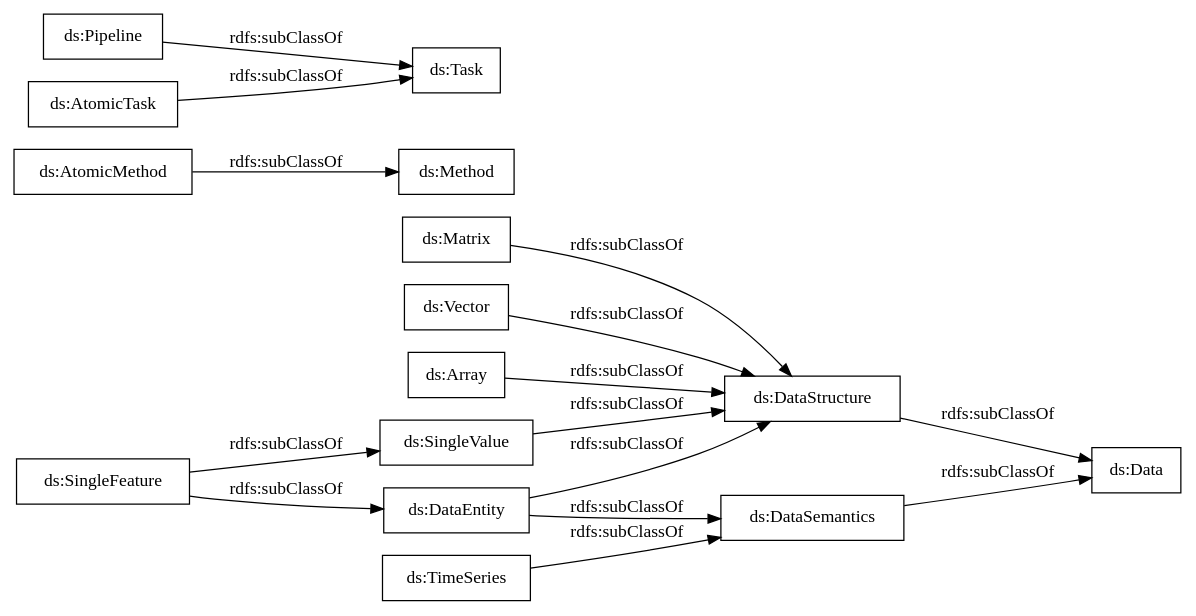
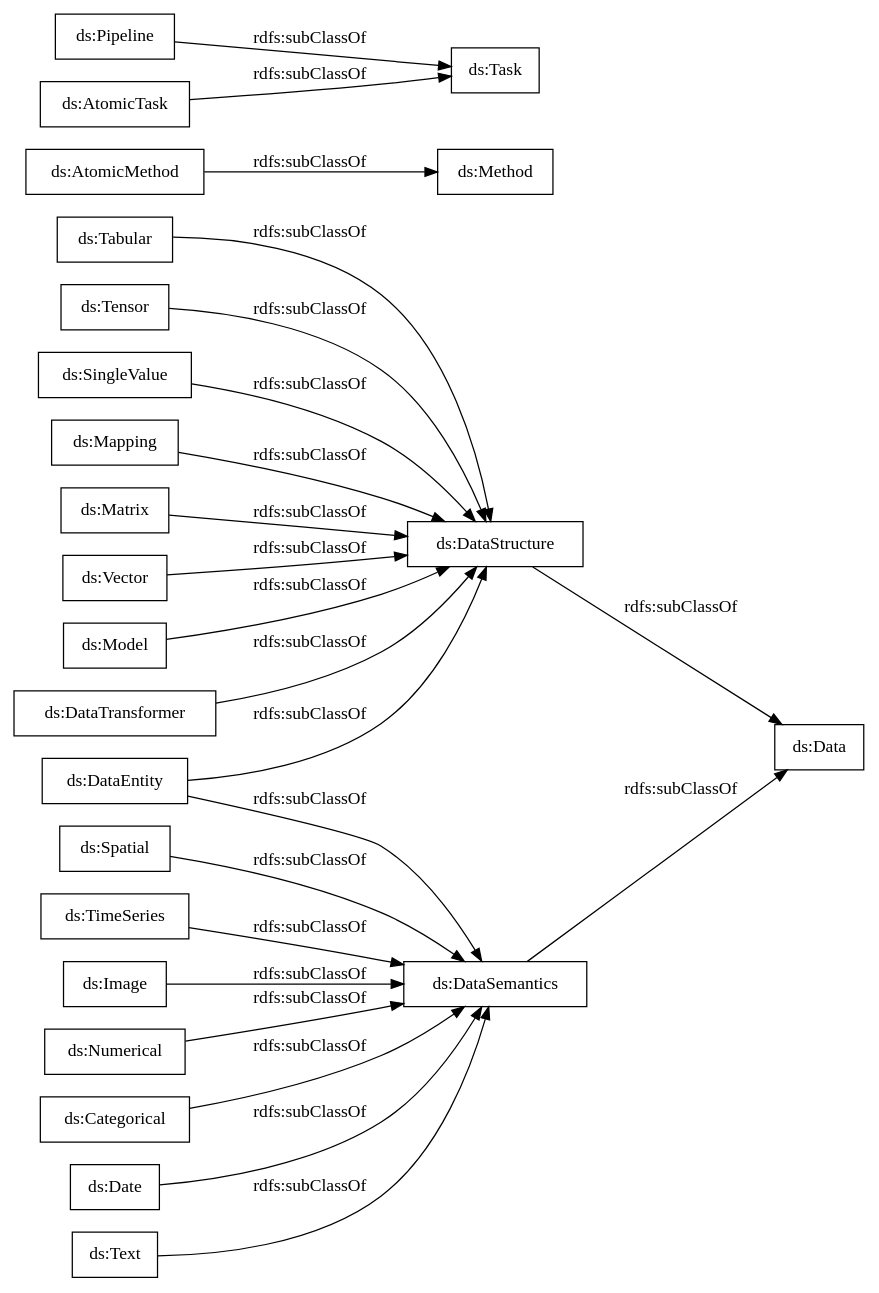
Before and after one commit to nsai-uio/ExeKGOntology: the diagram in OnToology/ds_exeKGOntology.ttl/diagrams/ar2dtool-taxonomy/ds_exeKGOntology.ttl.png.dot, drawn with Graphviz. The commit also changed 63 other files, not shown here.

```diff
--- a/OnToology/ds_exeKGOntology.ttl/diagrams/ar2dtool-taxonomy/ds_exeKGOntology.ttl.png.dot
+++ b/OnToology/ds_exeKGOntology.ttl/diagrams/ar2dtool-taxonomy/ds_exeKGOntology.ttl.png.dot
@@ -1,20 +1,28 @@
 digraph ar2dtool_diagram { 
 rankdir=LR;
 size="1000"
-node [shape = rectangle, color="black"]; "ds:Array" "ds:Data" "ds:Method" "ds:Pipeline" "ds:Task" "ds:SingleValue" "ds:Matrix" "ds:DataSemantics" "ds:DataStructure" "ds:AtomicTask" "ds:Vector" "ds:DataEntity" "ds:SingleFeature" "ds:AtomicMethod" "ds:TimeSeries" ; /*classes style*/
-	"ds:TimeSeries" -> "ds:DataSemantics" [ label = "rdfs:subClassOf" ];
-	"ds:Pipeline" -> "ds:Task" [ label = "rdfs:subClassOf" ];
-	"ds:Vector" -> "ds:DataStructure" [ label = "rdfs:subClassOf" ];
-	"ds:SingleFeature" -> "ds:SingleValue" [ label = "rdfs:subClassOf" ];
-	"ds:SingleFeature" -> "ds:DataEntity" [ label = "rdfs:subClassOf" ];
+node [shape = rectangle, color="black"]; "ds:Spatial" "ds:DataTransformer" "ds:Data" "ds:Tabular" "ds:Tensor" "ds:Method" "ds:Pipeline" "ds:Task" "ds:SingleValue" "ds:Mapping" "ds:Numerical" "ds:Matrix" "ds:DataSemantics" "ds:Categorical" "ds:DataStructure" "ds:AtomicTask" "ds:Vector" "ds:Model" "ds:Date" "ds:DataEntity" "ds:AtomicMethod" "ds:Text" "ds:TimeSeries" "ds:Image" ; /*classes style*/
+	"ds:Tensor" -> "ds:DataStructure" [ label = "rdfs:subClassOf" ];
+	"ds:DataTransformer" -> "ds:DataStructure" [ label = "rdfs:subClassOf" ];
 	"ds:DataEntity" -> "ds:DataStructure" [ label = "rdfs:subClassOf" ];
 	"ds:DataEntity" -> "ds:DataSemantics" [ label = "rdfs:subClassOf" ];
-	"ds:Array" -> "ds:DataStructure" [ label = "rdfs:subClassOf" ];
+	"ds:Model" -> "ds:DataStructure" [ label = "rdfs:subClassOf" ];
+	"ds:Mapping" -> "ds:DataStructure" [ label = "rdfs:subClassOf" ];
+	"ds:SingleValue" -> "ds:DataStructure" [ label = "rdfs:subClassOf" ];
+	"ds:Spatial" -> "ds:DataSemantics" [ label = "rdfs:subClassOf" ];
 	"ds:Matrix" -> "ds:DataStructure" [ label = "rdfs:subClassOf" ];
+	"ds:Pipeline" -> "ds:Task" [ label = "rdfs:subClassOf" ];
+	"ds:Tabular" -> "ds:DataStructure" [ label = "rdfs:subClassOf" ];
+	"ds:Numerical" -> "ds:DataSemantics" [ label = "rdfs:subClassOf" ];
+	"ds:Image" -> "ds:DataSemantics" [ label = "rdfs:subClassOf" ];
+	"ds:Categorical" -> "ds:DataSemantics" [ label = "rdfs:subClassOf" ];
 	"ds:DataStructure" -> "ds:Data" [ label = "rdfs:subClassOf" ];
-	"ds:SingleValue" -> "ds:DataStructure" [ label = "rdfs:subClassOf" ];
+	"ds:DataSemantics" -> "ds:Data" [ label = "rdfs:subClassOf" ];
+	"ds:Date" -> "ds:DataSemantics" [ label = "rdfs:subClassOf" ];
 	"ds:AtomicMethod" -> "ds:Method" [ label = "rdfs:subClassOf" ];
 	"ds:AtomicTask" -> "ds:Task" [ label = "rdfs:subClassOf" ];
-	"ds:DataSemantics" -> "ds:Data" [ label = "rdfs:subClassOf" ];
+	"ds:TimeSeries" -> "ds:DataSemantics" [ label = "rdfs:subClassOf" ];
+	"ds:Text" -> "ds:DataSemantics" [ label = "rdfs:subClassOf" ];
+	"ds:Vector" -> "ds:DataStructure" [ label = "rdfs:subClassOf" ];
 
 }
```
